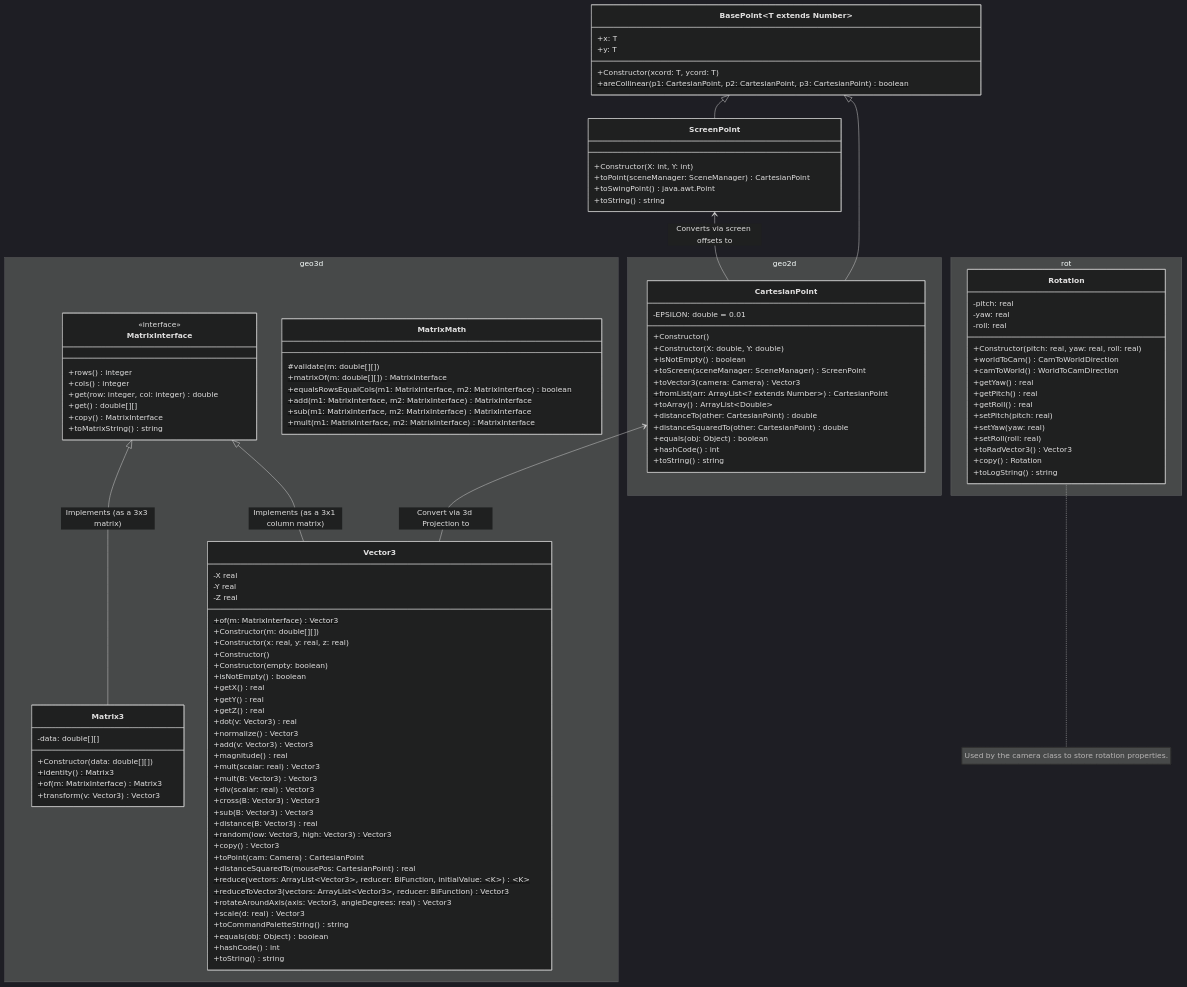
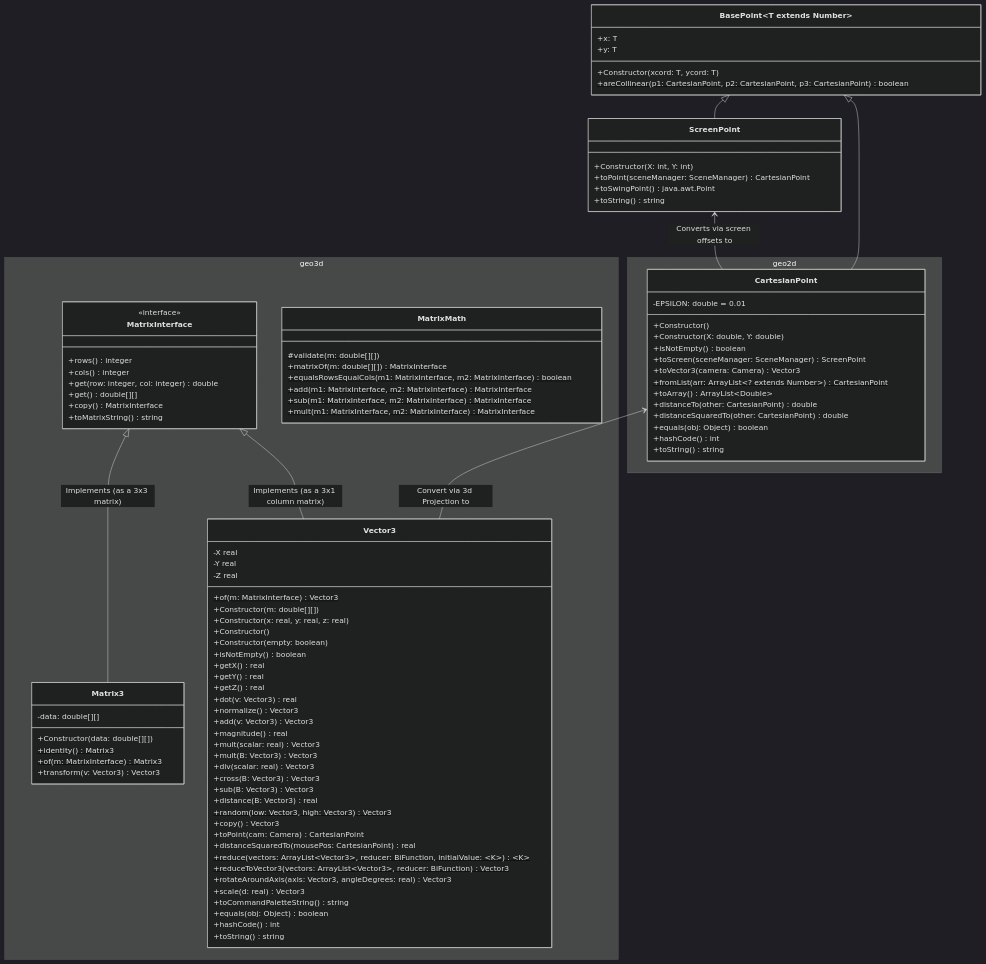
One commit to yetnt/j3engine changed the diagram in documents/diagrams/math.mermaid. Above: the diagram before and after it, drawn with Mermaid (dark theme). The commit also changed 7 other files, not shown here.

```diff
--- a/documents/diagrams/math.mermaid
+++ b/documents/diagrams/math.mermaid
@@ -1,137 +1,117 @@
 classDiagram
 
     direction BT
 
     namespace geo3d {
         class MatrixInterface {
             <<interface>>
             +rows() integer
             +cols() integer
             +get(row: integer, col: integer) double
             +get() double[][]
             +copy() MatrixInterface
             +toMatrixString() string
         }
 
         class MatrixMath {
             #validate(m: double[][])$
             +matrixOf(m: double[][])$ MatrixInterface
             +equalsRowsEqualCols(m1: MatrixInterface, m2: MatrixInterface)$ boolean
             +add(m1: MatrixInterface, m2: MatrixInterface)$ MatrixInterface
             +sub(m1: MatrixInterface, m2: MatrixInterface)$ MatrixInterface
             +mult(m1: MatrixInterface, m2: MatrixInterface)$ MatrixInterface
         }
 
         class Vector3 {
             -X real
             -Y real
             -Z real
             +of(m: MatrixInterface)$ Vector3
             +Constructor(m: double[][])
             +Constructor(x: real, y: real, z: real)
             +Constructor()
             +Constructor(empty: boolean)
             +isNotEmpty() boolean
             +getX() real
             +getY() real
             +getZ() real
             +dot(v: Vector3) real
             +normalize() Vector3
             +add(v: Vector3) Vector3
             +magnitude() real
             +mult(scalar: real) Vector3
             +mult(B: Vector3) Vector3
             +div(scalar: real) Vector3
             +cross(B: Vector3) Vector3
             +sub(B: Vector3) Vector3
             +distance(B: Vector3) real
             +random(low: Vector3, high: Vector3)$ Vector3
             +copy() Vector3
             +toPoint(cam: Camera) CartesianPoint
             +distanceSquaredTo(mousePos: CartesianPoint) real
             +reduce(vectors: ArrayList~Vector3~, reducer: BiFunction<Vector3, K, K>, initialValue: ~K~)$ ~K~
             +reduceToVector3(vectors: ArrayList~Vector3~, reducer: BiFunction<Vector3, Vector3, Vector3>)$ Vector3
             +rotateAroundAxis(axis: Vector3, angleDegrees: real) Vector3
             +scale(d: real) Vector3
             +toCommandPaletteString() string
             +equals(obj: Object) boolean
             +hashCode() int
             +toString() string
         }
 
         class Matrix3 {
             -data: double[][]
             +Constructor(data: double[][])
             +identity()$ Matrix3
             +of(m: MatrixInterface)$ Matrix3
             +transform(v: Vector3) Vector3
         }
     }
 
 
     class BasePoint~T extends Number~ {
         +x: T
         +y: T
         +Constructor(xcord: T, ycord: T)
         +areCollinear(p1: CartesianPoint, p2: CartesianPoint, p3: CartesianPoint)$ boolean
     }
 
     namespace geo2d {
         class CartesianPoint {
             -EPSILON: double = 0.01
             +Constructor()
             +Constructor(X: double, Y: double)
             +isNotEmpty() boolean
             +toScreen(sceneManager: SceneManager) ScreenPoint
             +toVector3(camera: Camera) Vector3
             +fromList(arr: ArrayList~? extends Number~)$ CartesianPoint
             +toArray() ArrayList~Double~
             +distanceTo(other: CartesianPoint) double
             +distanceSquaredTo(other: CartesianPoint) double
             +equals(obj: Object) boolean
             +hashCode() int
             +toString() string
         }
     }
 
-    namespace rot {
-        class Rotation {
-            -pitch: real
-            -yaw: real
-            -roll: real
-            +Constructor(pitch: real, yaw: real, roll: real)
-            +worldToCam() CamToWorldDirection
-            +camToWorld() WorldToCamDirection
-            +getYaw() real
-            +getPitch() real
-            +getRoll() real
-            +setPitch(pitch: real)
-            +setYaw(yaw: real)
-            +setRoll(roll: real)
-            +toRadVector3() Vector3
-            +copy() Rotation
-            +toLogString() string
-        }
-    }
-
     class ScreenPoint {
         +Constructor(X: int, Y: int)
         +toPoint(sceneManager: SceneManager) CartesianPoint
         +toSwingPoint() java.awt.Point
         +toString() string
     }
 
 
     Vector3 --|> MatrixInterface : Implements (as a 3x1 column matrix)
 
     Matrix3 --|> MatrixInterface : Implements (as a 3x3 matrix)
 
     CartesianPoint --|> BasePoint
 
     ScreenPoint --|> BasePoint
 
     Vector3 --> CartesianPoint : Convert via 3d Projection to
 
     CartesianPoint --> ScreenPoint : Converts via screen offsets to
 
-    note for Rotation "Used by the camera class to store rotation properties."
+%%    note for Rotation "Used by the camera class to store rotation properties."
```
